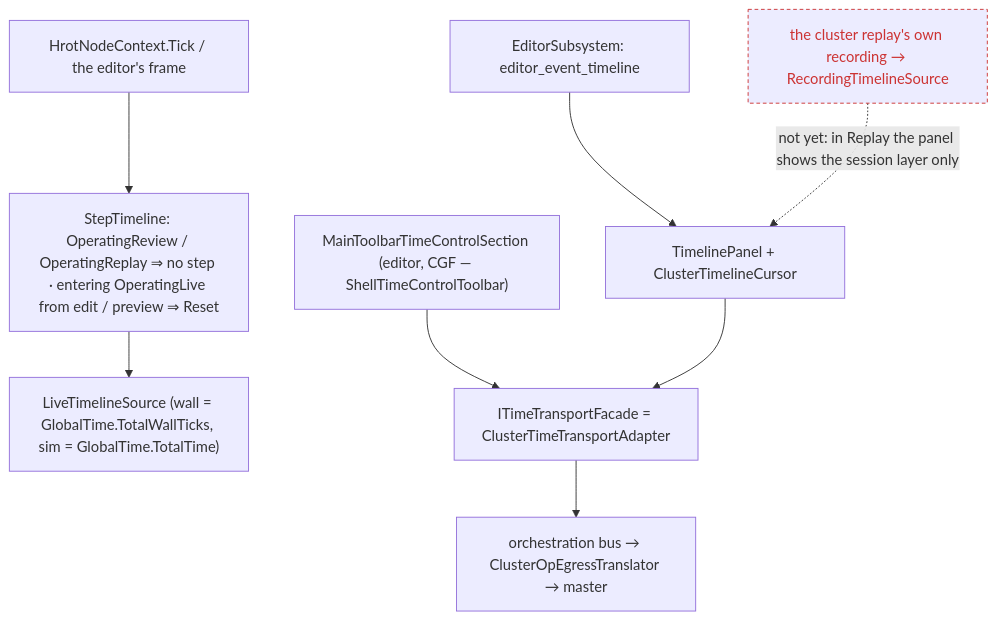
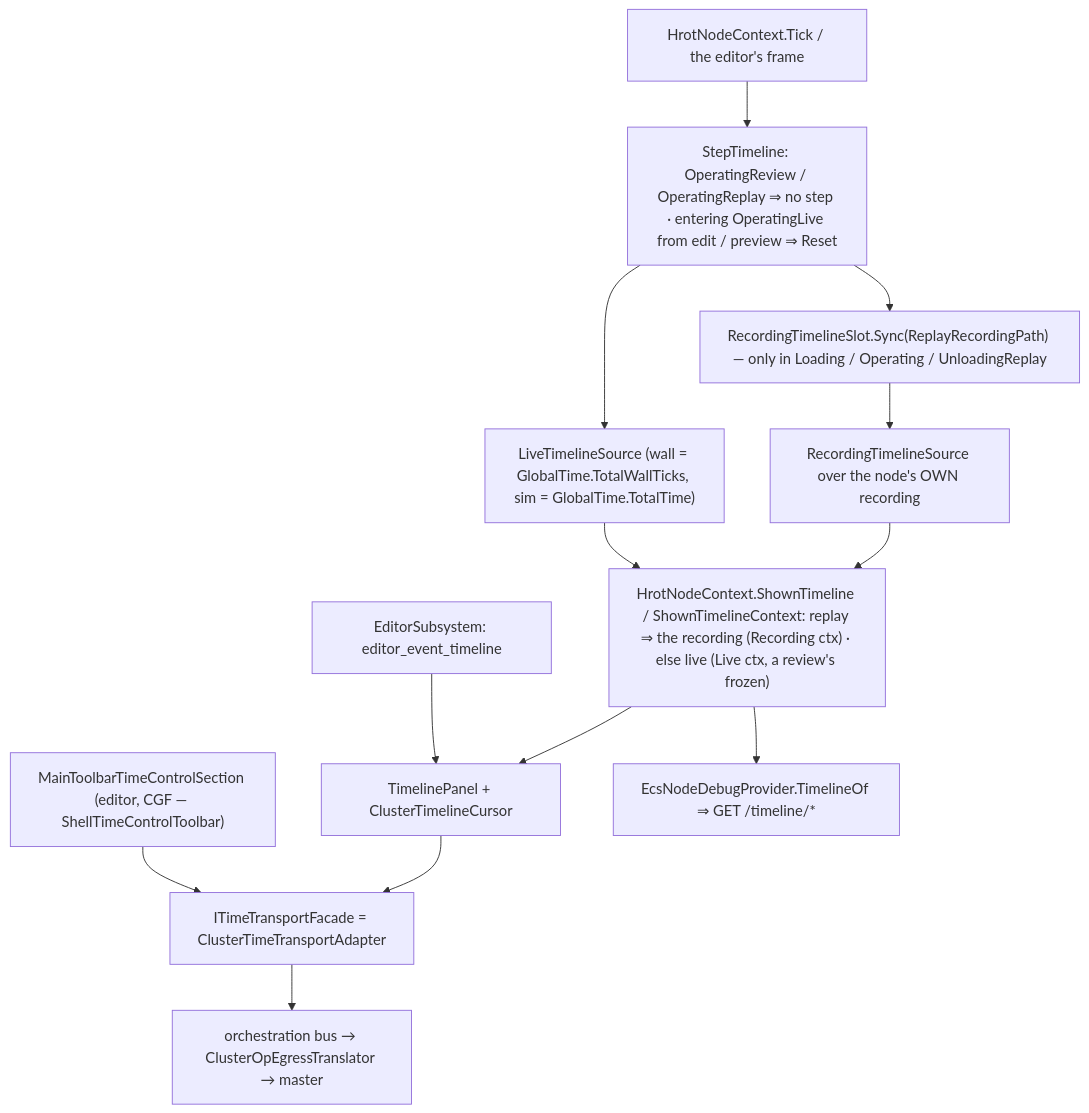
One commit to pjanec/HROT changed the eighth of 22 diagrams in docs/DESIGN_Director_Timeline_Editor.md. Above: the diagram before and after it, drawn with Mermaid. The commit also changed other lines of this file and 9 other files, not shown here.

Commit message:
CE-3330 E6: a cluster replay shows the node's own recorded lanes (RecordingTimelineSlot, HrotNodeContext.ShownTimeline)

````diff
--- a/docs/DESIGN_Director_Timeline_Editor.md
+++ b/docs/DESIGN_Director_Timeline_Editor.md
@@ -430,11 +430,15 @@
 ```mermaid
 graph TD
   NT["HrotNodeContext.Tick / the editor's frame"] --> ST["StepTimeline: OperatingReview / OperatingReplay ⇒ no step · entering OperatingLive from edit / preview ⇒ Reset"]
   ST --> LTS["LiveTimelineSource (wall = GlobalTime.TotalWallTicks, sim = GlobalTime.TotalTime)"]
   ED["EditorSubsystem: editor_event_timeline"] --> PAN["TimelinePanel + ClusterTimelineCursor"]
   TB["MainToolbarTimeControlSection (editor, CGF — ShellTimeControlToolbar)"] --> FAC["ITimeTransportFacade = ClusterTimeTransportAdapter"]
   PAN --> FAC
   FAC --> BUS["orchestration bus → ClusterOpEgressTranslator → master"]
-  RS["the cluster replay's own recording → RecordingTimelineSource"]:::dead -.->|"not yet: in Replay the panel shows the session layer only"| PAN
-  classDef dead stroke:#c33,stroke-dasharray:4 3,color:#c33
+  ST --> RSL["RecordingTimelineSlot.Sync(ReplayRecordingPath) — only in Loading / Operating / UnloadingReplay"]
+  RSL --> RS["RecordingTimelineSource over the node's OWN recording"]
+  LTS --> SH["HrotNodeContext.ShownTimeline / ShownTimelineContext: replay ⇒ the recording (Recording ctx) · else live (Live ctx, a review's frozen)"]
+  RS --> SH
+  SH --> PAN
+  SH --> TA["EcsNodeDebugProvider.TimelineOf ⇒ GET /timeline/*"]
 ```
````
